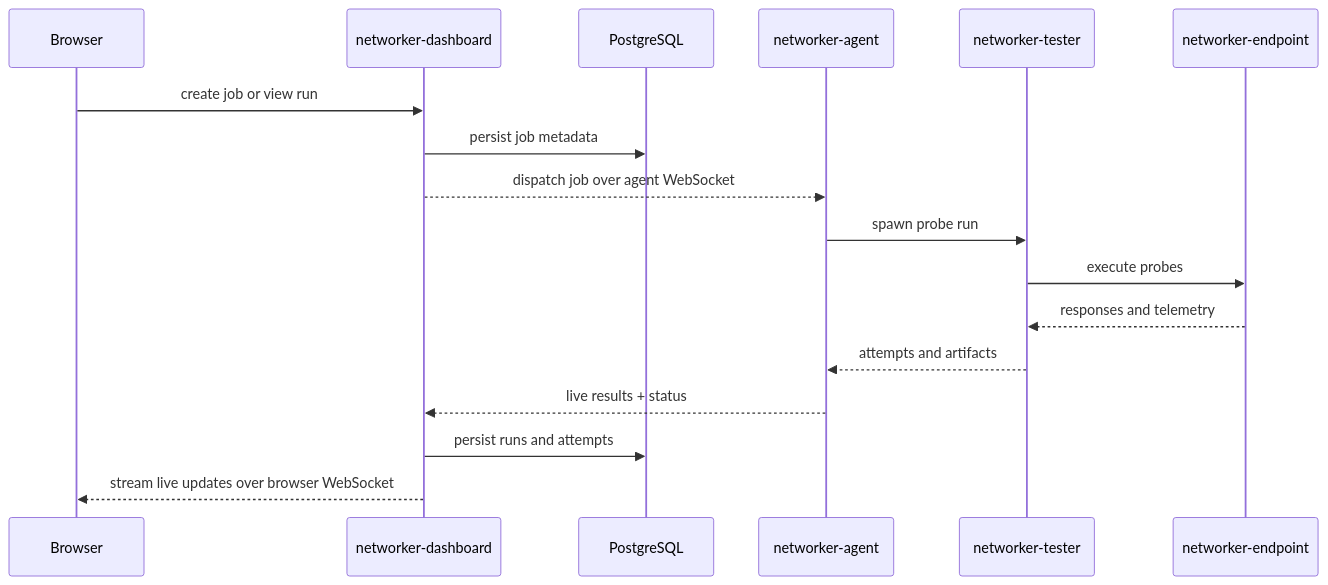
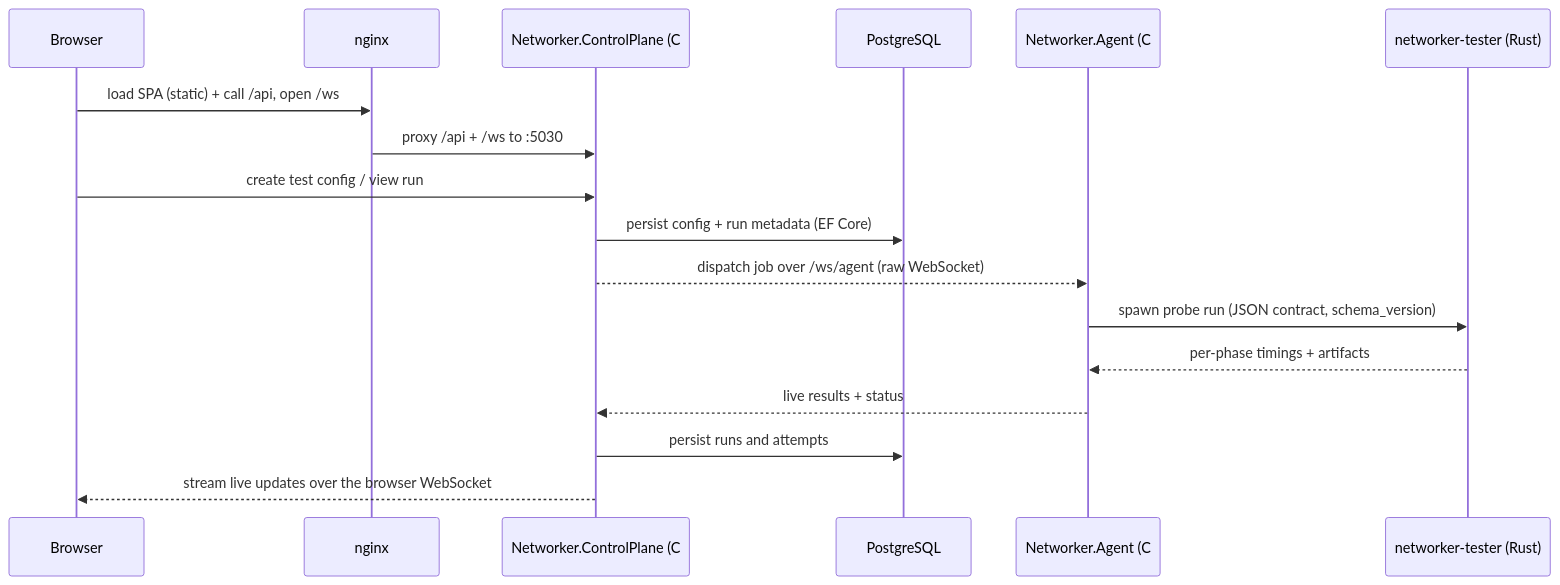
Before and after one commit to irlm/networker-tester: the third of 4 diagrams in docs/architecture.md, drawn with Mermaid. The commit also changed other lines of this file and 11 other files, not shown here.

First line of the commit message:
docs: truth pass — current architecture, accurate CLAUDE.md, release flow (P2)

````diff
--- a/docs/architecture.md
+++ b/docs/architecture.md
@@ -72,20 +89,20 @@
 ```mermaid
 sequenceDiagram
     participant Browser
-    participant Dashboard as networker-dashboard
+    participant Nginx as nginx
+    participant CP as Networker.ControlPlane (C#)
     participant DB as PostgreSQL
-    participant Agent as networker-agent
-    participant Tester as networker-tester
-    participant Endpoint as networker-endpoint
+    participant Agent as Networker.Agent (C#)
+    participant Tester as networker-tester (Rust)
 
-    Browser->>Dashboard: create job or view run
-    Dashboard->>DB: persist job metadata
-    Dashboard-->>Agent: dispatch job over agent WebSocket
-    Agent->>Tester: spawn probe run
-    Tester->>Endpoint: execute probes
-    Endpoint-->>Tester: responses and telemetry
-    Tester-->>Agent: attempts and artifacts
-    Agent-->>Dashboard: live results + status
-    Dashboard->>DB: persist runs and attempts
-    Dashboard-->>Browser: stream live updates over browser WebSocket
+    Browser->>Nginx: load SPA (static) + call /api, open /ws
+    Nginx->>CP: proxy /api + /ws to :5030
+    Browser->>CP: create test config / view run
+    CP->>DB: persist config + run metadata (EF Core)
+    CP-->>Agent: dispatch job over /ws/agent (raw WebSocket)
+    Agent->>Tester: spawn probe run (JSON contract, schema_version)
+    Tester-->>Agent: per-phase timings + artifacts
+    Agent-->>CP: live results + status
+    CP->>DB: persist runs and attempts
+    CP-->>Browser: stream live updates over the browser WebSocket
 ```
````
